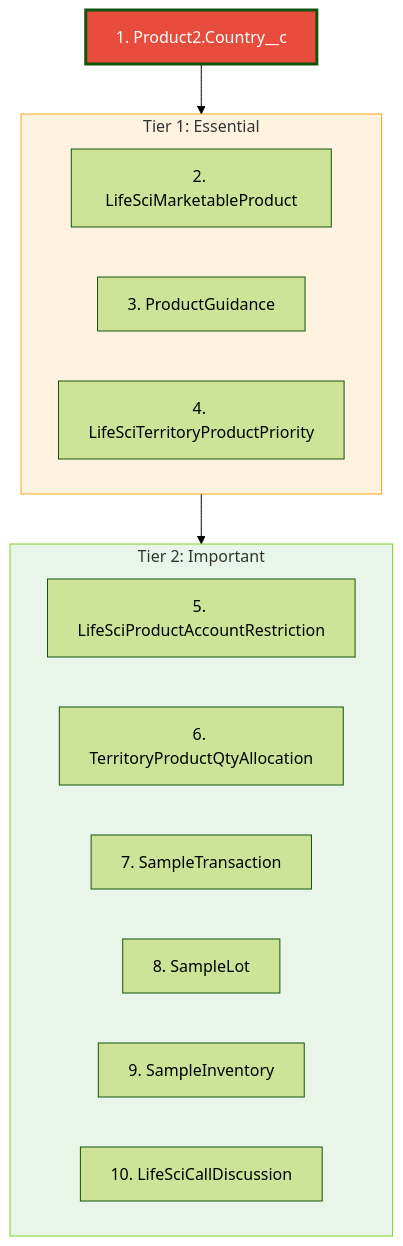
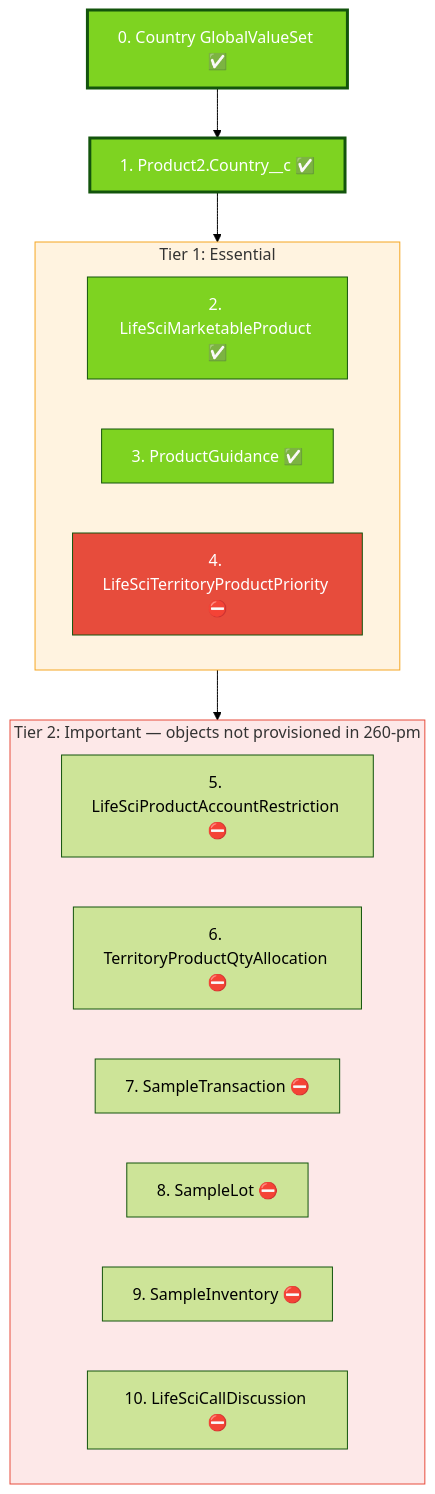
One commit to afls-ideas/Multi-Country-Brand-Setup changed the second of 2 diagrams in README-03-Country-Field-Requirements.md. Above: the diagram before and after it, drawn with Mermaid (forest theme). The commit also changed other lines of this file, not shown here.

````diff
--- a/README-03-Country-Field-Requirements.md
+++ b/README-03-Country-Field-Requirements.md
@@ -107,25 +112,31 @@
 ```mermaid
 flowchart TD
-    P2["1. Product2.Country__c"] --> T1
+    GVS["0. Country GlobalValueSet ✅"] --> P2
+
+    P2["1. Product2.Country__c ✅"] --> T1
 
     subgraph T1["Tier 1: Essential"]
-        MP["2. LifeSciMarketableProduct"]
-        PG["3. ProductGuidance"]
-        TPP["4. LifeSciTerritoryProductPriority"]
+        MP["2. LifeSciMarketableProduct ✅"]
+        PG["3. ProductGuidance ✅"]
+        TPP["4. LifeSciTerritoryProductPriority ⛔"]
     end
 
     T1 --> T2
 
-    subgraph T2["Tier 2: Important"]
-        PAR["5. LifeSciProductAccountRestriction"]
-        TPA["6. TerritoryProductQtyAllocation"]
-        ST["7. SampleTransaction"]
-        SL["8. SampleLot"]
-        SI["9. SampleInventory"]
-        CD["10. LifeSciCallDiscussion"]
+    subgraph T2["Tier 2: Important — objects not provisioned in 260-pm"]
+        PAR["5. LifeSciProductAccountRestriction ⛔"]
+        TPA["6. TerritoryProductQtyAllocation ⛔"]
+        ST["7. SampleTransaction ⛔"]
+        SL["8. SampleLot ⛔"]
+        SI["9. SampleInventory ⛔"]
+        CD["10. LifeSciCallDiscussion ⛔"]
     end
 
-    style P2 fill:#e74c3c,color:#fff,stroke-width:3px
+    style GVS fill:#7ed321,color:#fff,stroke-width:3px
+    style P2 fill:#7ed321,color:#fff,stroke-width:3px
+    style MP fill:#7ed321,color:#fff
+    style PG fill:#7ed321,color:#fff
+    style TPP fill:#e74c3c,color:#fff
     style T1 fill:#fff3e0,stroke:#f5a623
-    style T2 fill:#e8f5e9,stroke:#7ed321
+    style T2 fill:#fde8e8,stroke:#e74c3c
 ```
````
